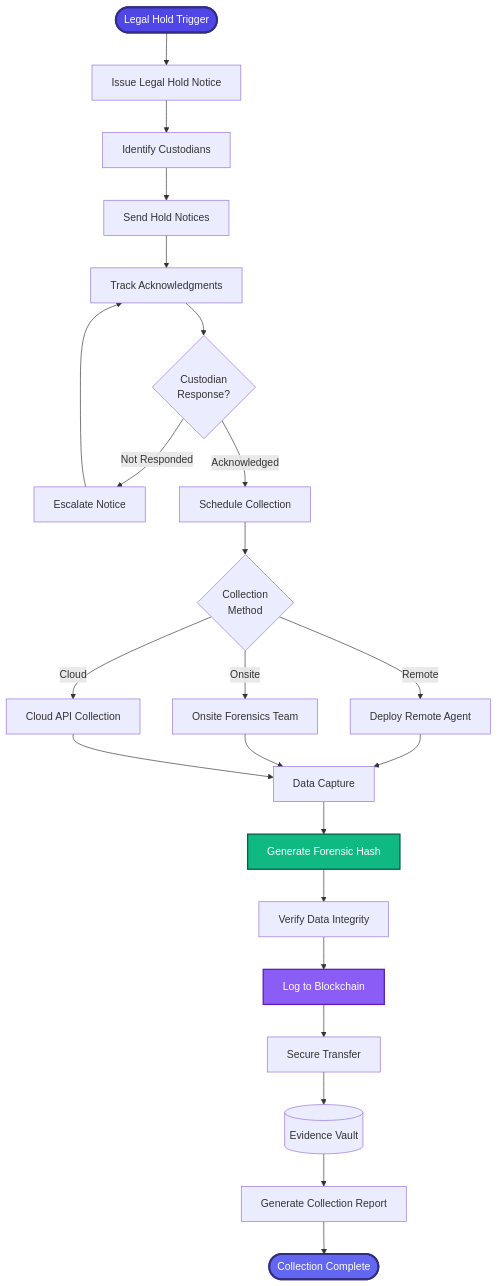
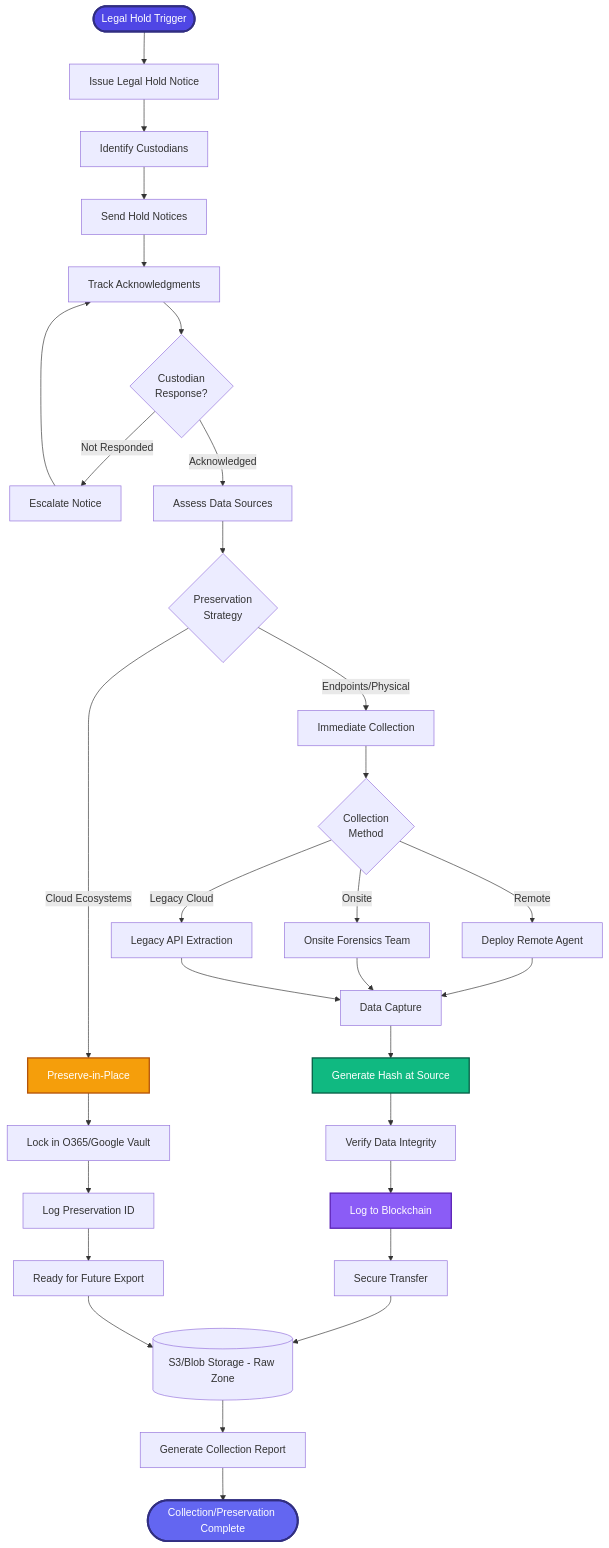
One commit to harborgrid-justin/lexiflow-premium changed the diagram in business-flows/03-PRIMARY-discovery-evidence-management/01-SECONDARY-ediscovery-collection/SECONDARY-FLOW.md. Above: the diagram before and after it, drawn with Mermaid. The commit also changed other lines of this file and 115 other files, not shown here.

````diff
--- a/business-flows/03-PRIMARY-discovery-evidence-management/01-SECONDARY-ediscovery-collection/SECONDARY-FLOW.md
+++ b/business-flows/03-PRIMARY-discovery-evidence-management/01-SECONDARY-ediscovery-collection/SECONDARY-FLOW.md
@@ -10,35 +10,46 @@
 ```mermaid
 graph TB
     Start([Legal Hold Trigger]) --> IssueLegalHold[Issue Legal Hold Notice]
     IssueLegalHold --> IdentifyCustodians[Identify Custodians]
     IdentifyCustodians --> SendNotices[Send Hold Notices]
     
     SendNotices --> TrackAcknowledgment[Track Acknowledgments]
     TrackAcknowledgment --> CustodianResponse{Custodian<br/>Response?}
     CustodianResponse -->|Not Responded| EscalateNotice[Escalate Notice]
-    CustodianResponse -->|Acknowledged| ScheduleCollection[Schedule Collection]
+    CustodianResponse -->|Acknowledged| AssessSources[Assess Data Sources]
     EscalateNotice --> TrackAcknowledgment
     
-    ScheduleCollection --> CollectionMethod{Collection<br/>Method}
+    AssessSources --> PreservationStrategy{Preservation<br/>Strategy}
+    
+    PreservationStrategy -->|Cloud Ecosystems| PreserveInPlace[Preserve-in-Place]
+    PreservationStrategy -->|Endpoints/Physical| CollectNow[Immediate Collection]
+    
+    PreserveInPlace --> CloudLock[Lock in O365/Google Vault]
+    CloudLock --> LogPreservation[Log Preservation ID]
+    LogPreservation --> ReadyForExport[Ready for Future Export]
+    
+    CollectNow --> CollectionMethod{Collection<br/>Method}
     CollectionMethod -->|Remote| RemoteAgent[Deploy Remote Agent]
     CollectionMethod -->|Onsite| OnsiteForensics[Onsite Forensics Team]
-    CollectionMethod -->|Cloud| CloudAPI[Cloud API Collection]
+    CollectionMethod -->|Legacy Cloud| CloudAPI[Legacy API Extraction]
     
     RemoteAgent --> DataCapture[Data Capture]
     OnsiteForensics --> DataCapture
     CloudAPI --> DataCapture
     
-    DataCapture --> ForensicHash[Generate Forensic Hash]
-    ForensicHash --> VerifyIntegrity[Verify Data Integrity]
+    DataCapture --> SourceHash[Generate Hash at Source]
+    SourceHash --> VerifyIntegrity[Verify Data Integrity]
     VerifyIntegrity --> BlockchainLog[Log to Blockchain]
     BlockchainLog --> TransferSecure[Secure Transfer]
     
-    TransferSecure --> EvidenceVault[(Evidence Vault)]
-    EvidenceVault --> CollectionReport[Generate Collection Report]
-    CollectionReport --> End([Collection Complete])
+    TransferSecure --> S3Raw[(S3/Blob Storage - Raw Zone)]
+    ReadyForExport --> S3Raw
+    S3Raw --> CollectionReport[Generate Collection Report]
+    CollectionReport --> End([Collection/Preservation Complete])
     
     style Start fill:#4f46e5,stroke:#312e81,stroke-width:3px,color:#fff
-    style ForensicHash fill:#10b981,stroke:#065f46,stroke-width:2px,color:#fff
+    style SourceHash fill:#10b981,stroke:#065f46,stroke-width:2px,color:#fff
     style BlockchainLog fill:#8b5cf6,stroke:#5b21b6,stroke-width:2px,color:#fff
     style End fill:#6366f1,stroke:#312e81,stroke-width:3px,color:#fff
+    style PreserveInPlace fill:#f59e0b,stroke:#b45309,stroke-width:2px,color:#fff
 ```
````
